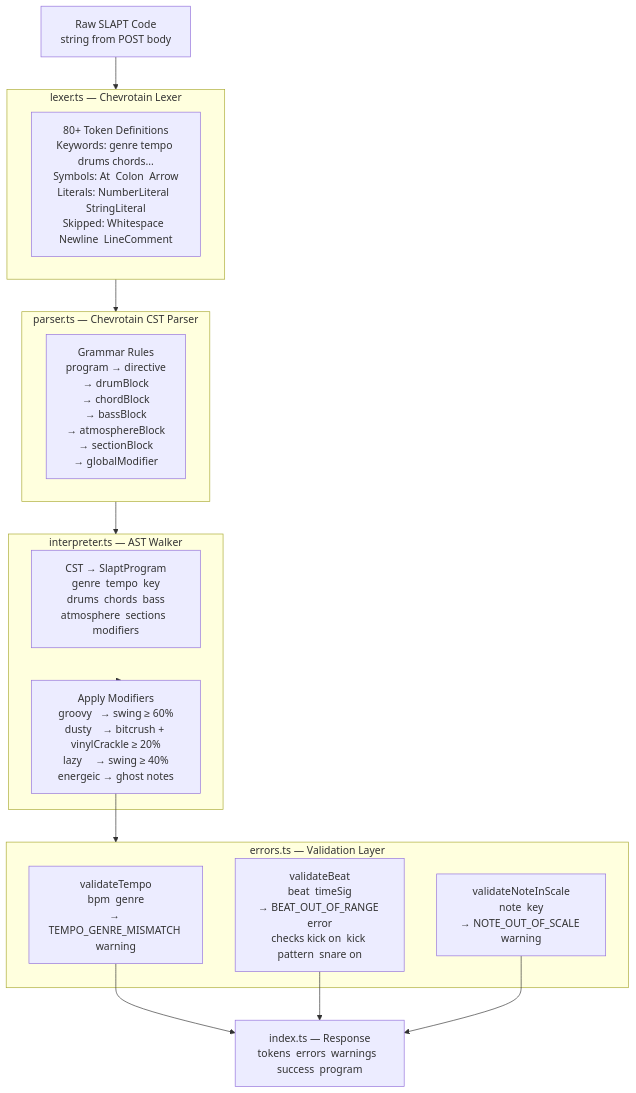
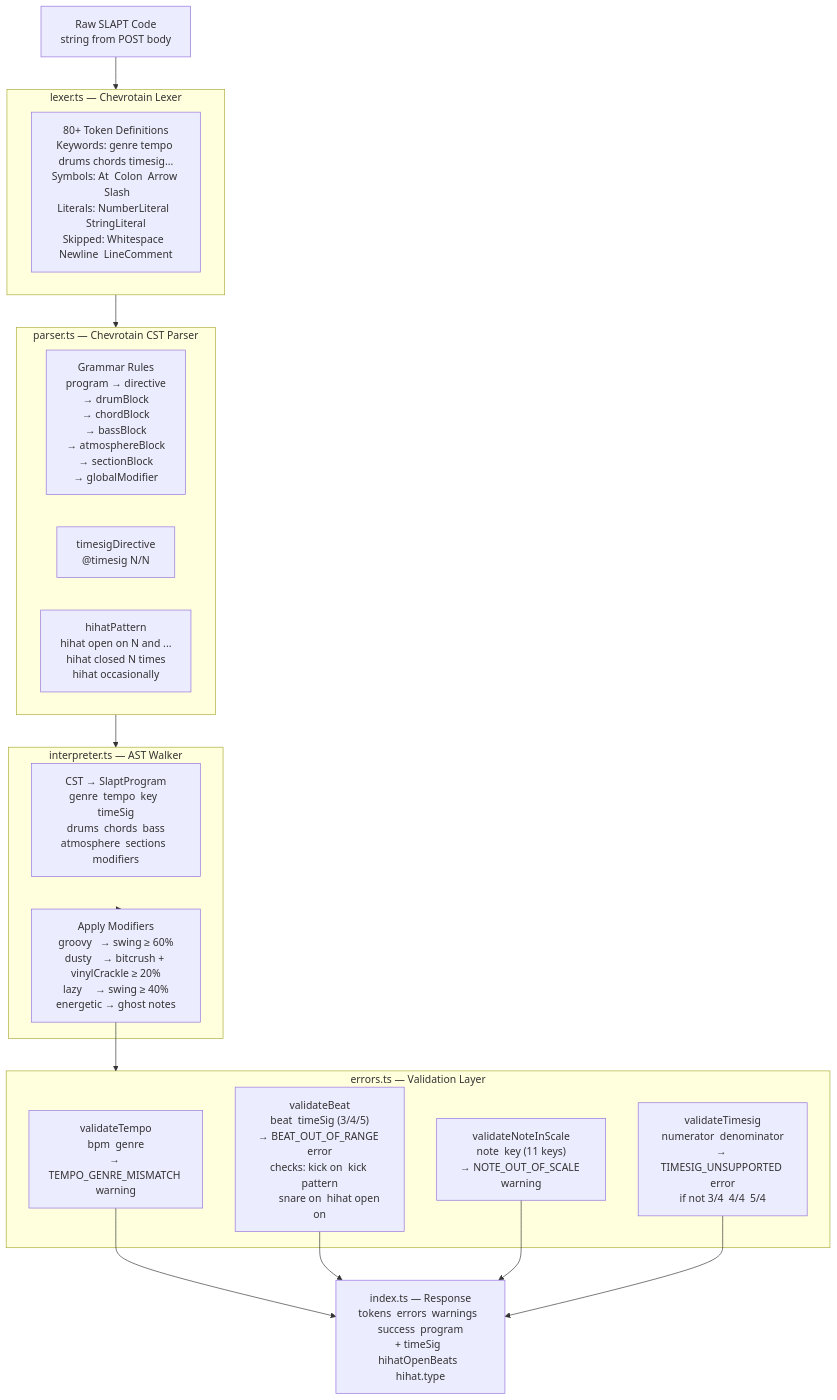
The second of 8 diagrams in docs/DOCUMENTATION.md (souvik03-136/SLAPT), drawn with Mermaid before and after one commit. The commit also changed other lines of this file and 13 other files, not shown here.

First line of the commit message:
feat: add time signature support, open hi-hat syntax, MIDI export, and auto-save

````diff
--- a/docs/DOCUMENTATION.md
+++ b/docs/DOCUMENTATION.md
@@ -72,28 +75,31 @@
 ```mermaid
 flowchart TD
     INPUT["Raw SLAPT Code\nstring from POST body"]
 
     subgraph LEXER["lexer.ts — Chevrotain Lexer"]
-        L1["80+ Token Definitions\nKeywords: genre tempo drums chords...\nSymbols: At  Colon  Arrow\nLiterals: NumberLiteral  StringLiteral\nSkipped: Whitespace  Newline  LineComment"]
+        L1["80+ Token Definitions\nKeywords: genre tempo drums chords timesig...\nSymbols: At  Colon  Arrow  Slash\nLiterals: NumberLiteral  StringLiteral\nSkipped: Whitespace  Newline  LineComment"]
     end
 
     subgraph CSTPARSER["parser.ts — Chevrotain CST Parser"]
         P1["Grammar Rules\nprogram → directive\n       → drumBlock\n       → chordBlock\n       → bassBlock\n       → atmosphereBlock\n       → sectionBlock\n       → globalModifier"]
+        P2["timesigDirective\n@timesig N/N"]
+        P3["hihatPattern\nhihat open on N and ...\nhihat closed N times\nhihat occasionally"]
     end
 
     subgraph INTERP["interpreter.ts — AST Walker"]
-        I1["CST → SlaptProgram\ngenre  tempo  key\ndrums  chords  bass\natmosphere  sections  modifiers"]
-        I2["Apply Modifiers\ngroovy   → swing ≥ 60%\ndusty    → bitcrush + vinylCrackle ≥ 20%\nlazy     → swing ≥ 40%\nenergeic → ghost notes"]
+        I1["CST → SlaptProgram\ngenre  tempo  key  timeSig\ndrums  chords  bass\natmosphere  sections  modifiers"]
+        I2["Apply Modifiers\ngroovy   → swing ≥ 60%\ndusty    → bitcrush + vinylCrackle ≥ 20%\nlazy     → swing ≥ 40%\nenergetic → ghost notes"]
     end
 
     subgraph VALIDATION["errors.ts — Validation Layer"]
         V1["validateTempo\nbpm  genre\n→ TEMPO_GENRE_MISMATCH warning"]
-        V2["validateBeat\nbeat  timeSig\n→ BEAT_OUT_OF_RANGE error\nchecks kick on  kick pattern  snare on"]
-        V3["validateNoteInScale\nnote  key\n→ NOTE_OUT_OF_SCALE warning"]
+        V2["validateBeat\nbeat  timeSig (3/4/5)\n→ BEAT_OUT_OF_RANGE error\nchecks: kick on  kick pattern\n        snare on  hihat open on"]
+        V3["validateNoteInScale\nnote  key (11 keys)\n→ NOTE_OUT_OF_SCALE warning"]
+        V4["validateTimesig\nnumerator  denominator\n→ TIMESIG_UNSUPPORTED error\nif not 3/4  4/4  5/4"]
     end
 
-    RESPONSE["index.ts — Response\ntokens  errors  warnings  success  program"]
+    RESPONSE["index.ts — Response\ntokens  errors  warnings  success  program\n+ timeSig  hihatOpenBeats  hihat.type"]
 
     INPUT --> LEXER --> CSTPARSER --> INTERP --> I2 --> VALIDATION
-    V1 & V2 & V3 --> RESPONSE
+    V1 & V2 & V3 & V4 --> RESPONSE
 ```
````
